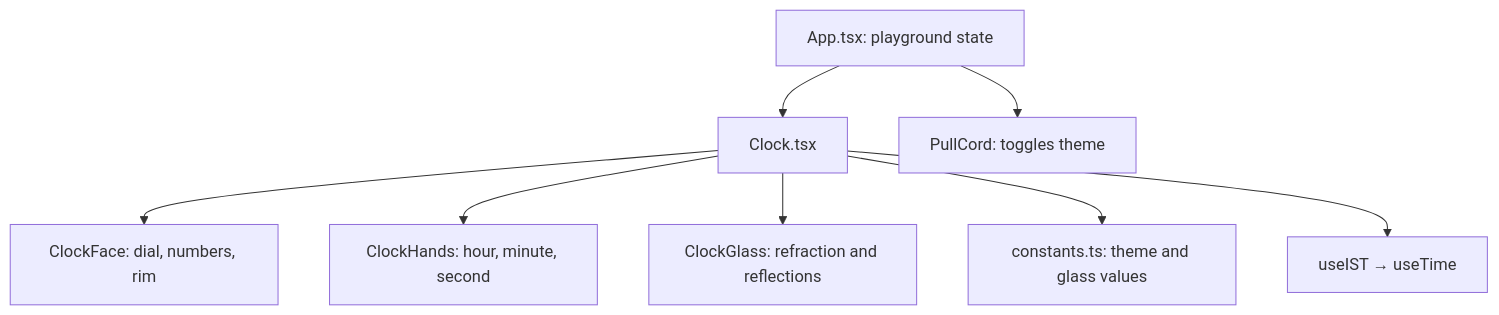
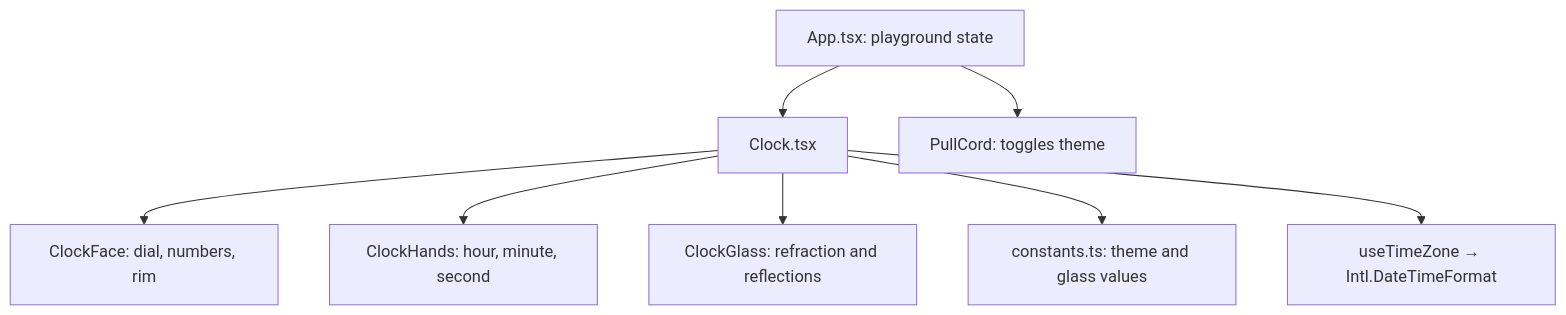
Before and after one commit to asiffisa/Braun-analogue-clock: the diagram in ARCHITECTURE.md, drawn with Mermaid. The commit also changed other lines of this file and 17 other files, not shown here.

````diff
--- a/ARCHITECTURE.md
+++ b/ARCHITECTURE.md
@@ -3,10 +3,10 @@
 ```mermaid
 flowchart TD
     App[App.tsx: playground state] --> Clock[Clock.tsx]
     App --> PullCord[PullCord: toggles theme]
     Clock --> Face[ClockFace: dial, numbers, rim]
     Clock --> Hands[ClockHands: hour, minute, second]
     Clock --> Glass[ClockGlass: refraction and reflections]
     Clock --> Theme[constants.ts: theme and glass values]
-    Clock --> Time[useIST → useTime]
+    Clock --> Time[useTimeZone → Intl.DateTimeFormat]
 ```
````
